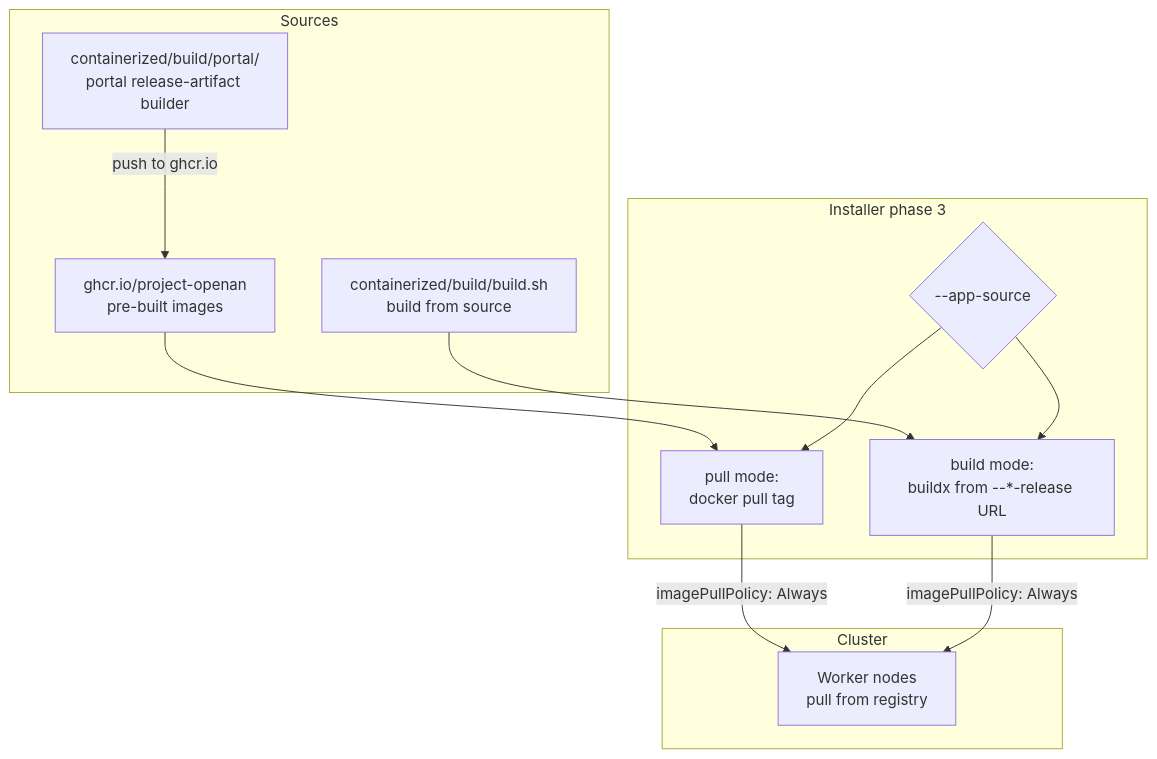
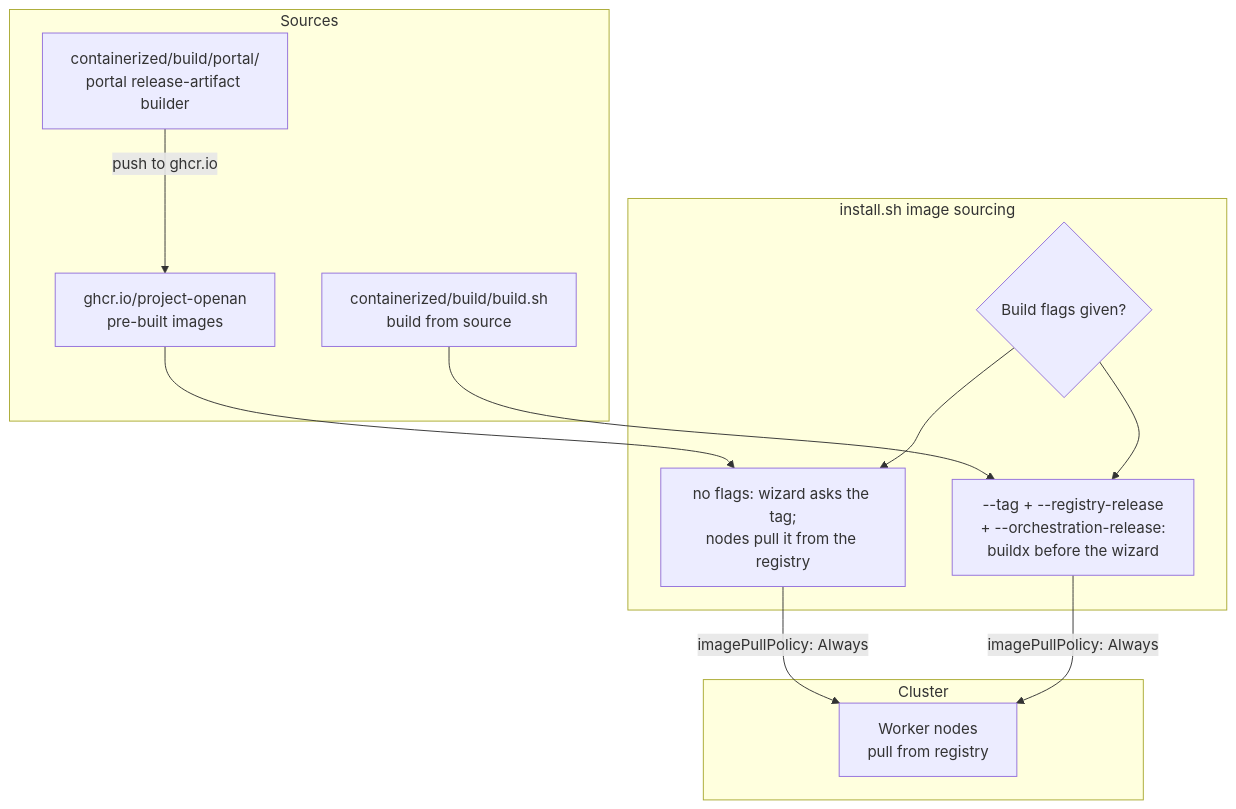
The fourth of 5 diagrams in docs/online-install-architecture.md (XunliYang/openan-installation), drawn with Mermaid before and after one commit. The commit also changed other lines of this file and 13 other files, not shown here.

````diff
--- a/docs/online-install-architecture.md
+++ b/docs/online-install-architecture.md
@@ -291,24 +321,24 @@
 ```mermaid
 flowchart TD
     subgraph "Sources"
         GHCR[ghcr.io/project-openan<br/>pre-built images]
         BUILD[containerized/build/build.sh<br/>build from source]
         PORTAL[containerized/build/portal/<br/>portal release-artifact builder]
     end
 
-    subgraph "Installer phase 3"
-        CHOICE{--app-source}
-        PULL[pull mode:<br/>docker pull tag]
-        SRC[build mode:<br/>buildx from --*-release URL]
+    subgraph "install.sh image sourcing"
+        CHOICE{Build flags given?}
+        PULL[no flags: wizard asks the tag;<br/>nodes pull it from the registry]
+        SRC[--tag + --registry-release<br/>+ --orchestration-release:<br/>buildx before the wizard]
     end
 
     subgraph "Cluster"
         NODES[Worker nodes<br/>pull from registry]
     end
 
     GHCR-->PULL
     BUILD-->SRC
     PORTAL-->|push to ghcr.io| GHCR
     CHOICE-->PULL & SRC
     PULL & SRC-->|imagePullPolicy: Always| NODES
 ```
````
